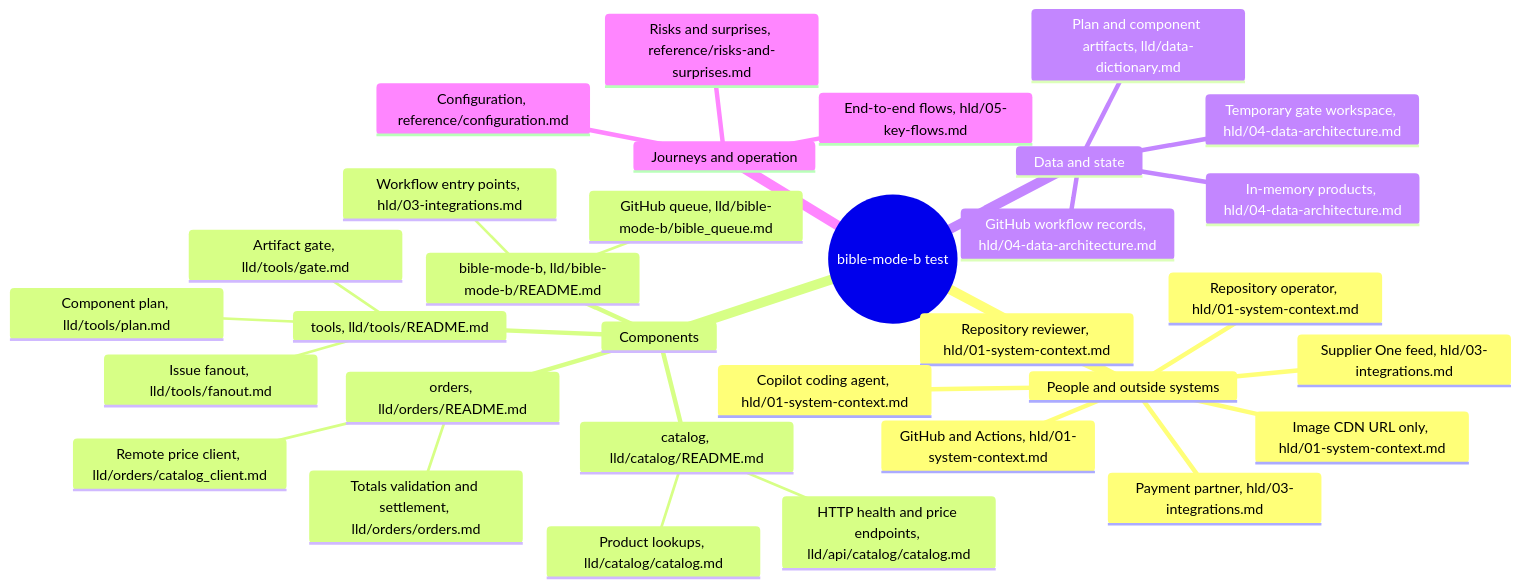
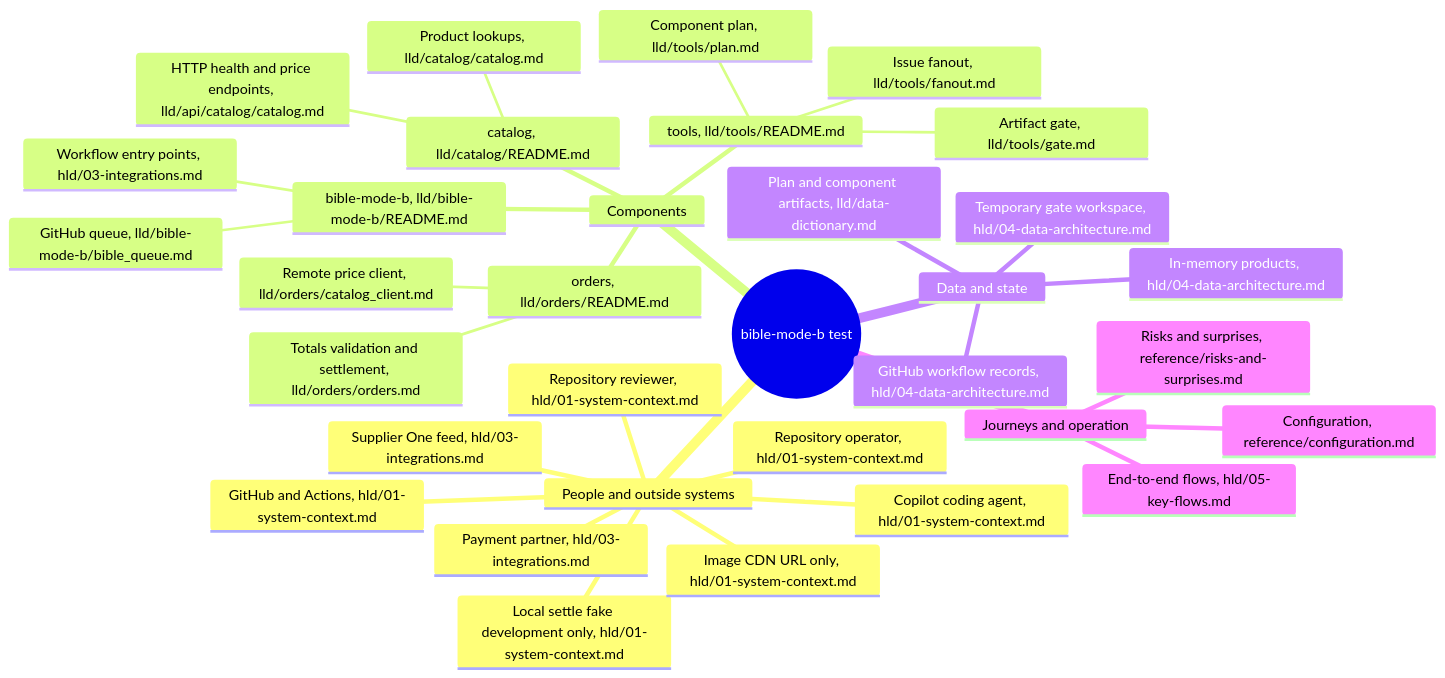
The first of 5 diagrams in codebase-analysis/00-mind-map.md (vishalc412/bible-mode-b-test), drawn with Mermaid before and after one commit. The commit also changed other lines of this file and 32 other files, not shown here.

````diff
--- a/codebase-analysis/00-mind-map.md
+++ b/codebase-analysis/00-mind-map.md
@@ -5,35 +5,36 @@
 ```mermaid
 mindmap
   root((bible-mode-b test))
     People and outside systems
       Repository operator, hld/01-system-context.md
       Repository reviewer, hld/01-system-context.md
       GitHub and Actions, hld/01-system-context.md
       Copilot coding agent, hld/01-system-context.md
       Supplier One feed, hld/03-integrations.md
       Payment partner, hld/03-integrations.md
+      Local settle fake development only, hld/01-system-context.md
       Image CDN URL only, hld/01-system-context.md
     Components
       catalog, lld/catalog/README.md
         Product lookups, lld/catalog/catalog.md
         HTTP health and price endpoints, lld/api/catalog/catalog.md
       orders, lld/orders/README.md
         Totals validation and settlement, lld/orders/orders.md
         Remote price client, lld/orders/catalog_client.md
       bible-mode-b, lld/bible-mode-b/README.md
         GitHub queue, lld/bible-mode-b/bible_queue.md
         Workflow entry points, hld/03-integrations.md
       tools, lld/tools/README.md
         Component plan, lld/tools/plan.md
         Artifact gate, lld/tools/gate.md
         Issue fanout, lld/tools/fanout.md
     Data and state
       In-memory products, hld/04-data-architecture.md
       GitHub workflow records, hld/04-data-architecture.md
       Plan and component artifacts, lld/data-dictionary.md
       Temporary gate workspace, hld/04-data-architecture.md
     Journeys and operation
       End-to-end flows, hld/05-key-flows.md
       Configuration, reference/configuration.md
       Risks and surprises, reference/risks-and-surprises.md
 ```
````
